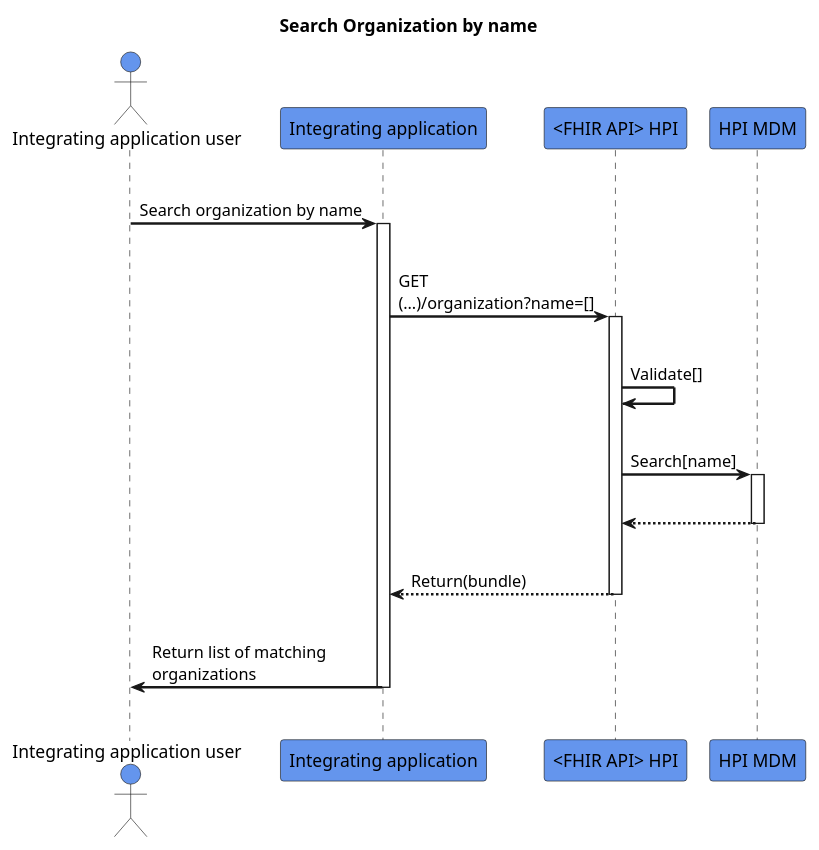
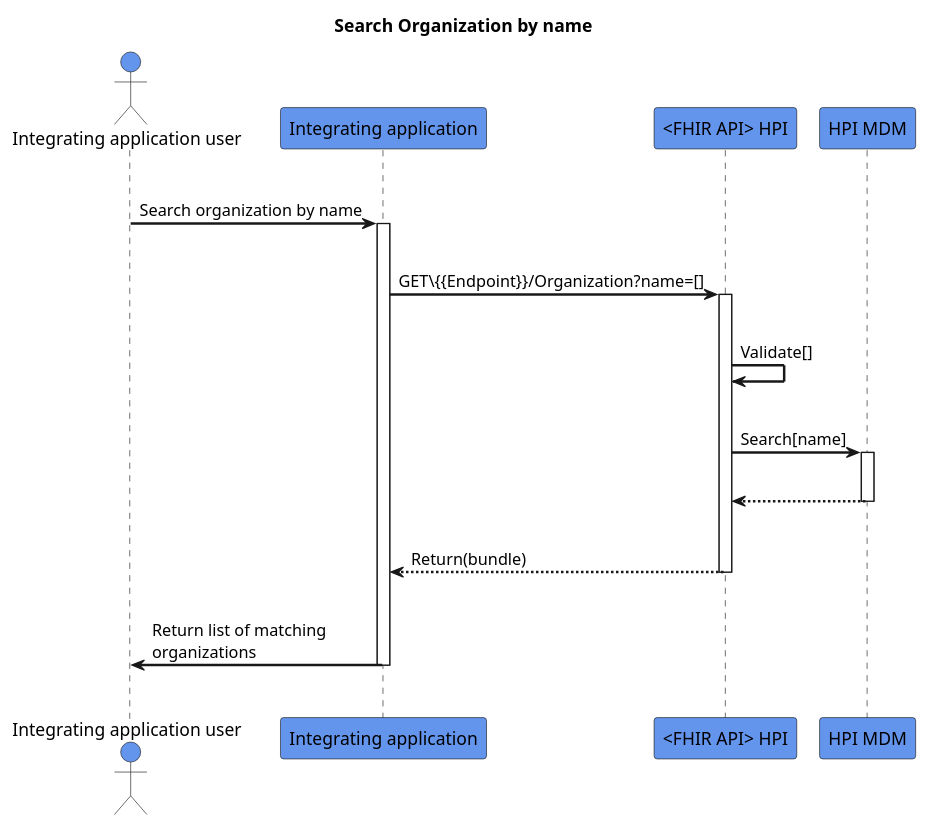
One commit to HL7NZ/hpi changed the diagram in input/images-source/search-organizationwithname.plantuml. Above: the diagram before and after it, drawn with PlantUML.

```diff
--- a/input/images-source/search-organizationwithname.plantuml
+++ b/input/images-source/search-organizationwithname.plantuml
@@ -1,33 +1,32 @@
 @startuml
 skinparam sequenceArrowThickness 2
 skinparam roundcorner 5
 skinparam maxmessagesize 180
 skinparam sequenceParticipant bold
 title Search Organization by name
 actor "Integrating application user" as User #CornflowerBlue
 participant "Integrating application" as A #CornflowerBlue
 participant "<FHIR API> HPI" as B #CornflowerBlue
 participant "HPI MDM" as C #CornflowerBlue
 |||
 User -> A: Search organization by name
 activate A
 |||
-A -> B: GET (…)/organization?name=[]
+A -> B: GET\{{Endpoint}}/Organization?name=[]
 activate B
 |||
 B -> B: Validate[]
 |||
 B -> C: Search[name]
 activate C
 |||
-
 C -[dashed]-> B:  
 deactivate C
 |||
 B -[dashed]-> A:Return(bundle)
 deactivate B
 |||
 A -> User: Return list of matching organizations
 deactivate A
 |||
 @enduml
```
